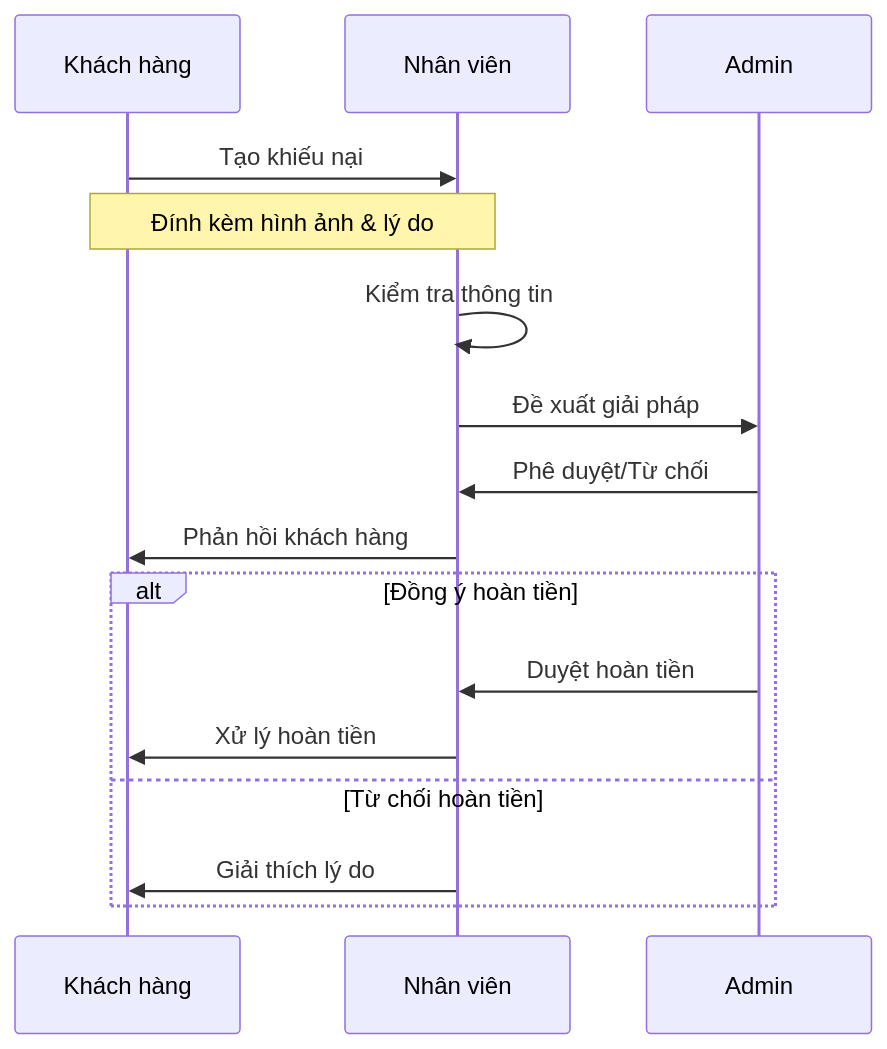
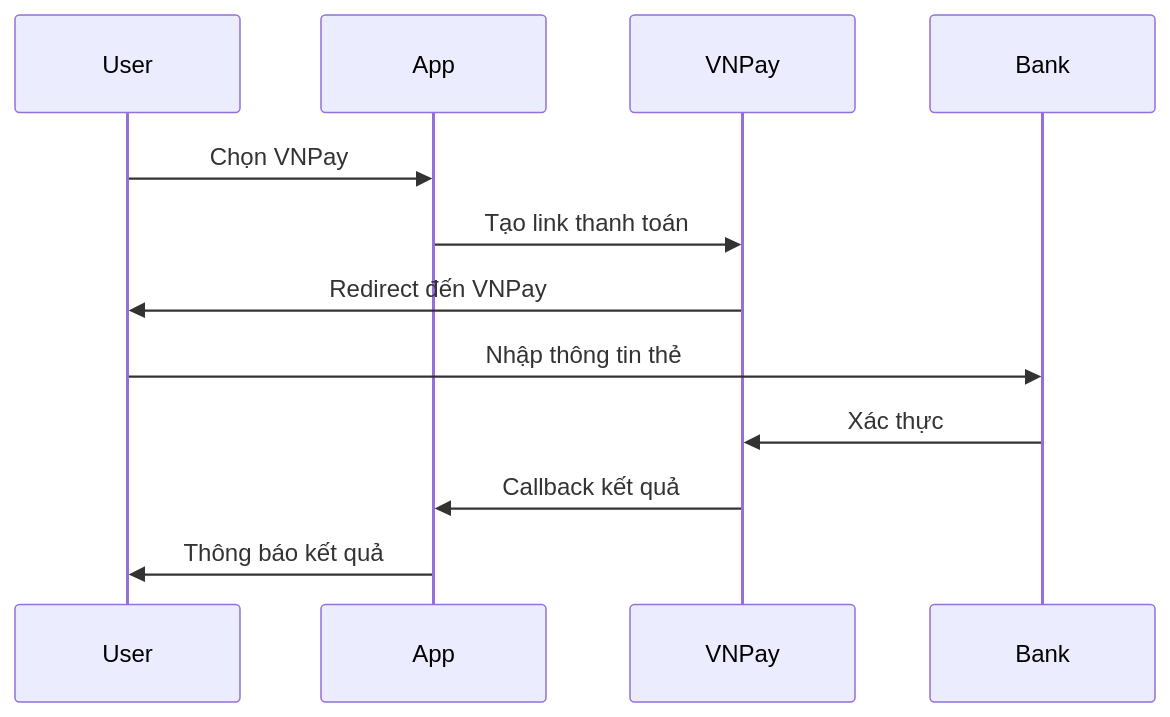
The eighth of 12 diagrams in README.md (toantran00/BTTH_12), drawn with Mermaid before and after one commit. The commit also changed other lines of this file, not shown here.

````diff
--- a/README.md
+++ b/README.md
@@ -633,19 +451,15 @@
 ```mermaid
 sequenceDiagram
-    participant C as Khách hàng
-    participant S as Nhân viên
-    participant A as Admin
+    participant U as User
+    participant A as App
+    participant V as VNPay
+    participant B as Bank
     
-    C->>S: Tạo khiếu nại
-    Note over C,S: Đính kèm hình ảnh & lý do
-    S->>S: Kiểm tra thông tin
-    S->>A: Đề xuất giải pháp
-    A->>S: Phê duyệt/Từ chối
-    S->>C: Phản hồi khách hàng
-    alt Đồng ý hoàn tiền
-        A->>S: Duyệt hoàn tiền
-        S->>C: Xử lý hoàn tiền
-    else Từ chối hoàn tiền
-        S->>C: Giải thích lý do
-    end
+    U->>A: Chọn VNPay
+    A->>V: Tạo link thanh toán
+    V->>U: Redirect đến VNPay
+    U->>B: Nhập thông tin thẻ
+    B->>V: Xác thực
+    V->>A: Callback kết quả
+    A->>U: Thông báo kết quả
 ```
````
